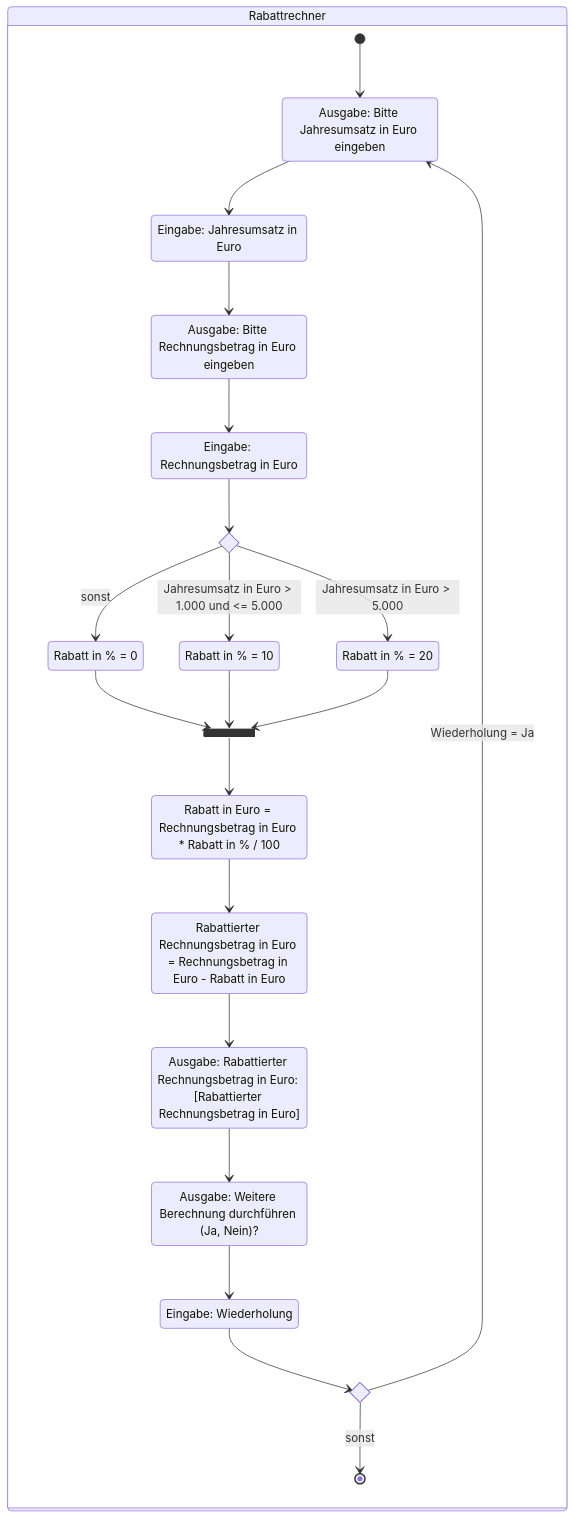
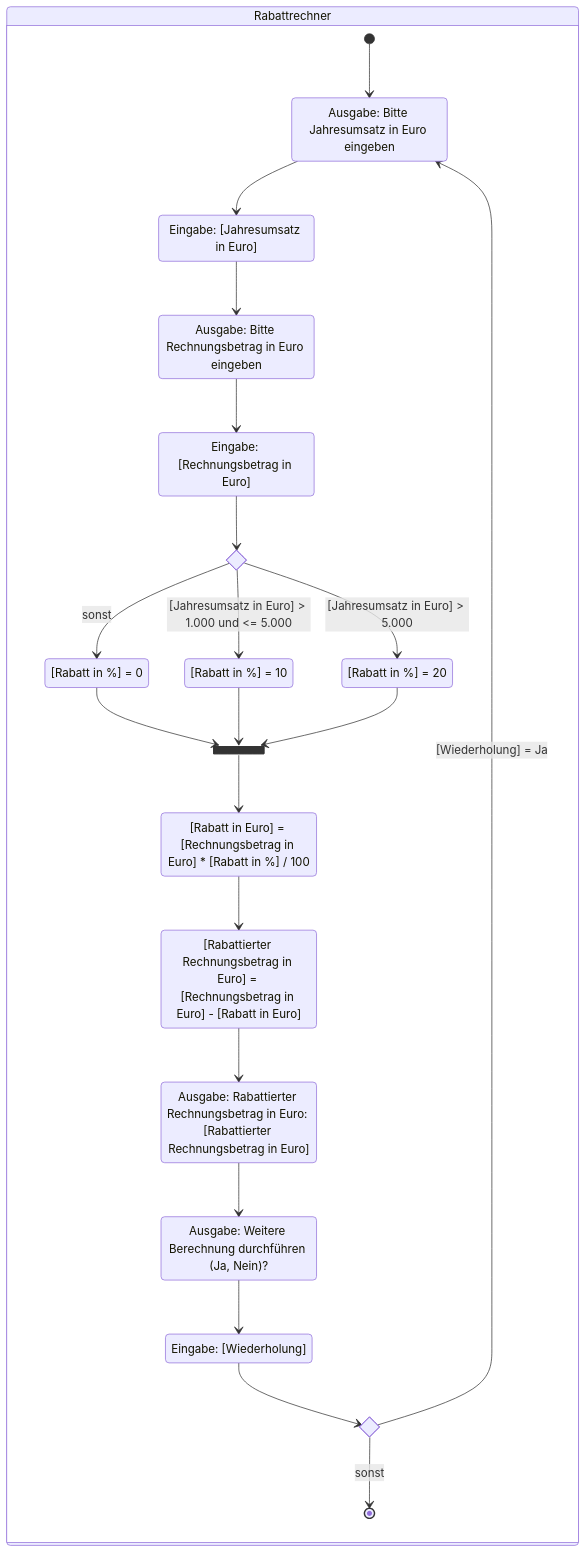
One commit to jappuccini/java-docs changed the diagram in docs/exam-exercises/exam-exercises-java1/activity-diagrams/discount-calculator.md. Above: the diagram before and after it, drawn with Mermaid. The commit also changed 5 other files, not shown here.

````diff
--- a/docs/exam-exercises/exam-exercises-java1/activity-diagrams/discount-calculator.md
+++ b/docs/exam-exercises/exam-exercises-java1/activity-diagrams/discount-calculator.md
@@ -12,41 +12,41 @@
 ```mermaid
 stateDiagram-v2
     state "Ausgabe: Bitte Jahresumsatz in Euro eingeben" as state1
-    state "Eingabe: Jahresumsatz in Euro" as state2
+    state "Eingabe: [Jahresumsatz in Euro]" as state2
     state "Ausgabe: Bitte Rechnungsbetrag in Euro eingeben" as state3
-    state "Eingabe: Rechnungsbetrag in Euro" as state4
-    state "Rabatt in % = 0" as state5
-    state "Rabatt in % = 10" as state6
-    state "Rabatt in % = 20" as state7
-    state "Rabatt in Euro = Rechnungsbetrag in Euro * Rabatt in % / 100" as state8
-    state "Rabattierter Rechnungsbetrag in Euro = Rechnungsbetrag in Euro - Rabatt in Euro" as state9
+    state "Eingabe: [Rechnungsbetrag in Euro]" as state4
+    state "[Rabatt in %] = 0" as state5
+    state "[Rabatt in %] = 10" as state6
+    state "[Rabatt in %] = 20" as state7
+    state "[Rabatt in Euro] = [Rechnungsbetrag in Euro] * [Rabatt in %] / 100" as state8
+    state "[Rabattierter Rechnungsbetrag in Euro] = [Rechnungsbetrag in Euro] - [Rabatt in Euro]" as state9
     state "Ausgabe: Rabattierter Rechnungsbetrag in Euro: [Rabattierter Rechnungsbetrag in Euro]" as state10
     state "Ausgabe: Weitere Berechnung durchführen (Ja, Nein)?" as state11
-    state "Eingabe: Wiederholung" as state12
+    state "Eingabe: [Wiederholung]" as state12
 
     state if1 <<choice>>
     state if2 <<choice>>
     state fork1 <<fork>>
 
     state "Rabattrechner" as main {
         [*] --> state1
         state1 --> state2
         state2 --> state3
         state3 --> state4
         state4 --> if1
         if1 --> state5: sonst
-        if1 --> state6: Jahresumsatz in Euro > 1.000 und <= 5.000
-        if1 --> state7: Jahresumsatz in Euro > 5.000
+        if1 --> state6: [Jahresumsatz in Euro] > 1.000 und <= 5.000
+        if1 --> state7: [Jahresumsatz in Euro] > 5.000
         state5 --> fork1
         state6 --> fork1
         state7 --> fork1
         fork1 --> state8
         state8 --> state9
         state9 --> state10
         state10 --> state11
         state11 --> state12
         state12 --> if2
-        if2 --> state1: Wiederholung = Ja
+        if2 --> state1: [Wiederholung] = Ja
         if2 --> [*]: sonst
     }
 ```
````
